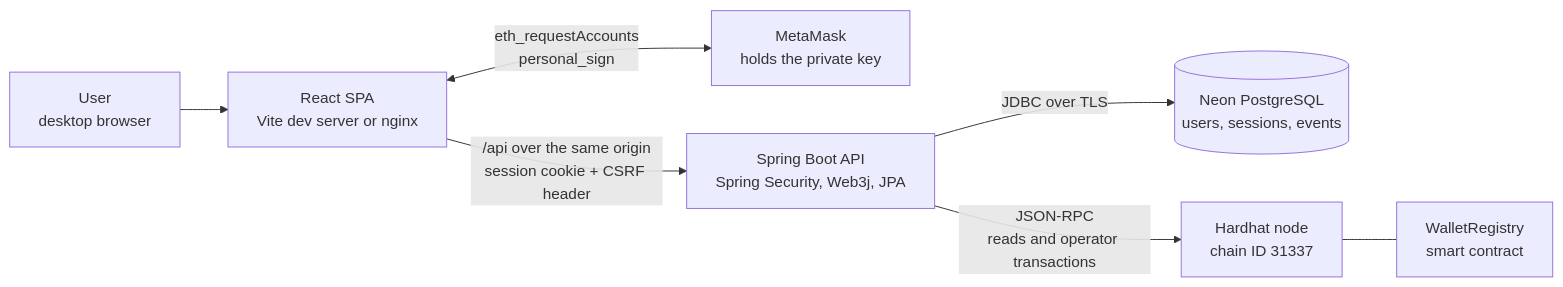
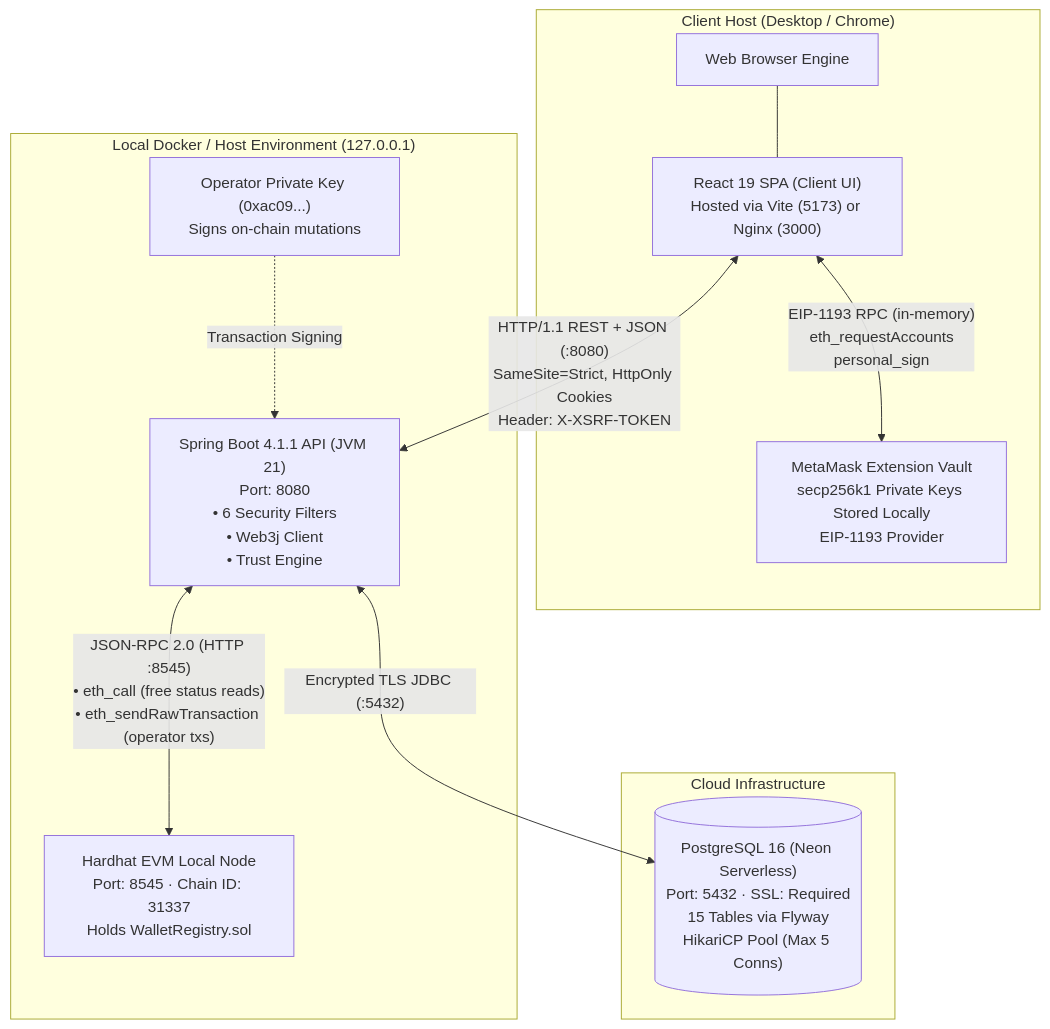
Before and after one commit to abhinandbs12/ai-augmented-decentralized-authentication-system: the third of 27 diagrams in README.md, drawn with Mermaid. The commit also changed other lines of this file and 1 other file, not shown here.

Commit message:
docs: finalize complete system documentation and architecture workflows

````diff
--- a/README.md
+++ b/README.md
@@ -69,9 +266,27 @@
 ```mermaid
-flowchart LR
-    U["User<br/>desktop browser"] --> FE["React SPA<br/>Vite dev server or nginx"]
-    FE <-->|"eth_requestAccounts<br/>personal_sign"| MM["MetaMask<br/>holds the private key"]
-    FE -->|"/api over the same origin<br/>session cookie + CSRF header"| BE["Spring Boot API<br/>Spring Security, Web3j, JPA"]
-    BE -->|"JDBC over TLS"| DB[("Neon PostgreSQL<br/>users, sessions, events")]
-    BE -->|"JSON-RPC<br/>reads and operator transactions"| CH["Hardhat node<br/>chain ID 31337"]
-    CH --- SC["WalletRegistry<br/>smart contract"]
+graph TB
+    subgraph ClientDevice["Client Host (Desktop / Chrome)"]
+        BROWSER["Web Browser Engine"]
+        SPA_CLIENT["React 19 SPA (Client UI)<br/>Hosted via Vite (5173) or Nginx (3000)"]
+        METAMASK_EXT["MetaMask Extension Vault<br/>secp256k1 Private Keys Stored Locally<br/>EIP-1193 Provider"]
+        
+        BROWSER --- SPA_CLIENT
+        SPA_CLIENT <-->|"EIP-1193 RPC (in-memory)<br/>eth_requestAccounts<br/>personal_sign"| METAMASK_EXT
+    end
+
+    subgraph LocalHost["Local Docker / Host Environment (127.0.0.1)"]
+        BACKEND_SRV["Spring Boot 4.1.1 API (JVM 21)<br/>Port: 8080<br/>• 6 Security Filters<br/>• Web3j Client<br/>• Trust Engine"]
+        HARDHAT_NODE["Hardhat EVM Local Node<br/>Port: 8545 · Chain ID: 31337<br/>Holds WalletRegistry.sol"]
+        OPERATOR_KEY["Operator Private Key (0xac09...)<br/>Signs on-chain mutations"]
+        
+        BACKEND_SRV <-->|"JSON-RPC 2.0 (HTTP :8545)<br/>• eth_call (free status reads)<br/>• eth_sendRawTransaction (operator txs)"| HARDHAT_NODE
+        OPERATOR_KEY -.->|"Transaction Signing"| BACKEND_SRV
+    end
+
+    subgraph RemoteCloud["Cloud Infrastructure"]
+        POSTGRES_NEON[("PostgreSQL 16 (Neon Serverless)<br/>Port: 5432 · SSL: Required<br/>15 Tables via Flyway<br/>HikariCP Pool (Max 5 Conns)")]
+    end
+
+    SPA_CLIENT <-->|"HTTP/1.1 REST + JSON (:8080)<br/>SameSite=Strict, HttpOnly Cookies<br/>Header: X-XSRF-TOKEN"| BACKEND_SRV
+    BACKEND_SRV <-->|"Encrypted TLS JDBC (:5432)"| POSTGRES_NEON
 ```
````
